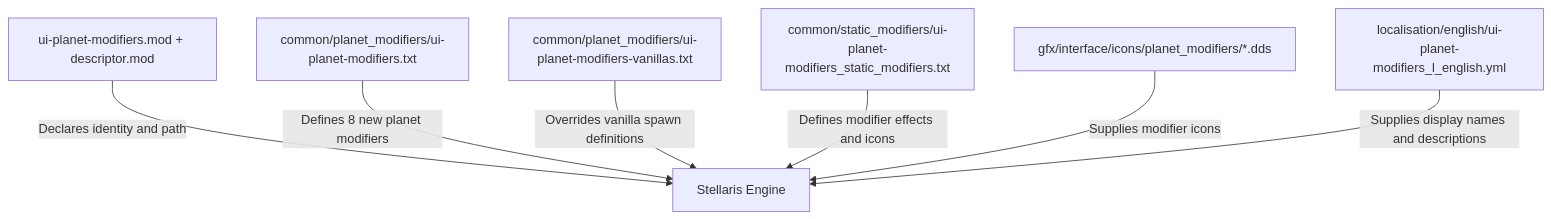
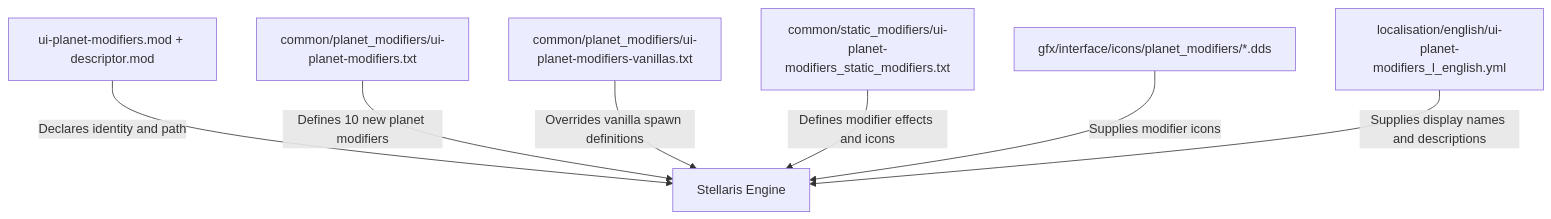
Before and after one commit to hmlendea/stellaris-ui-planet-modifiers: the second of 6 diagrams in ARCHITECTURE.md, drawn with Mermaid. The commit also changed other lines of this file and 30 other files, not shown here.

````diff
--- a/ARCHITECTURE.md
+++ b/ARCHITECTURE.md
@@ -67,9 +67,9 @@
 ```mermaid
 flowchart TB
     Descriptors[ui-planet-modifiers.mod + descriptor.mod] -->|Declares identity and path| Engine[Stellaris Engine]
-    NewDefs[common/planet_modifiers/ui-planet-modifiers.txt] -->|Defines 8 new planet modifiers| Engine
+    NewDefs[common/planet_modifiers/ui-planet-modifiers.txt] -->|Defines 10 new planet modifiers| Engine
     Overrides[common/planet_modifiers/ui-planet-modifiers-vanillas.txt] -->|Overrides vanilla spawn definitions| Engine
     Statics[common/static_modifiers/ui-planet-modifiers_static_modifiers.txt] -->|Defines modifier effects and icons| Engine
     Icons[gfx/interface/icons/planet_modifiers/*.dds] -->|Supplies modifier icons| Engine
     Loc[localisation/english/ui-planet-modifiers_l_english.yml] -->|Supplies display names and descriptions| Engine
 ```
````
